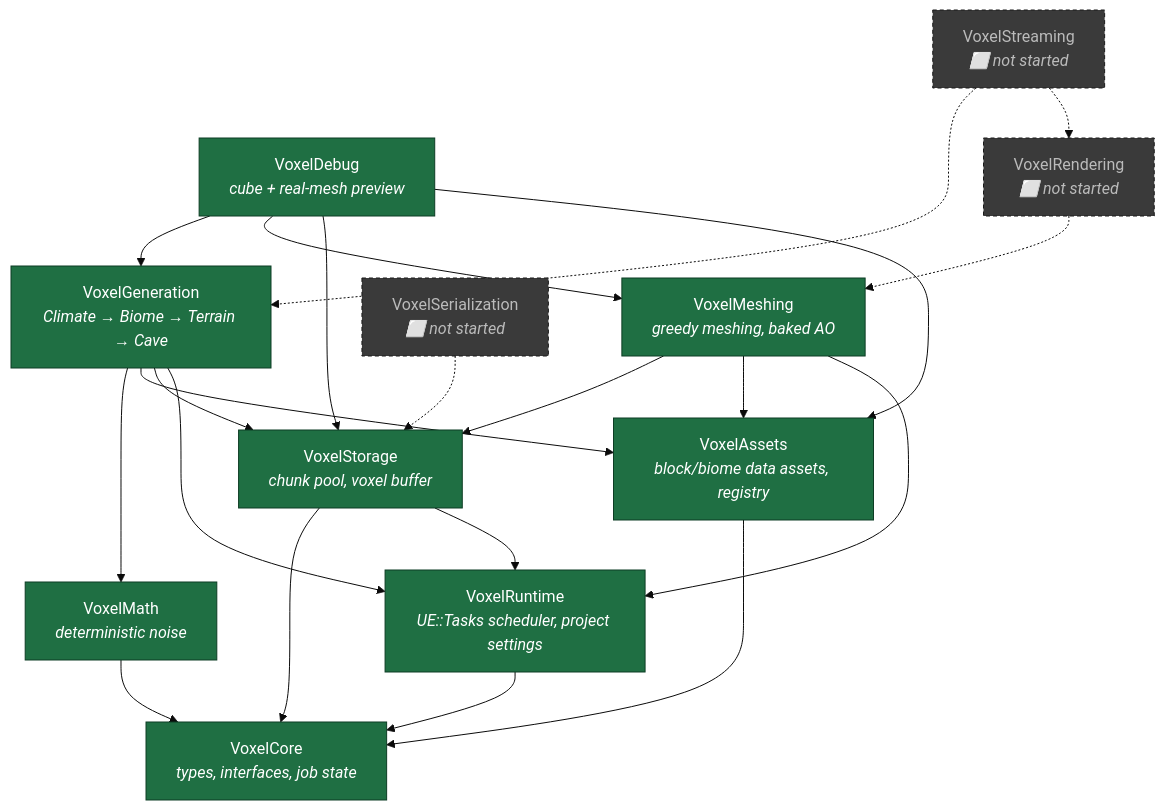
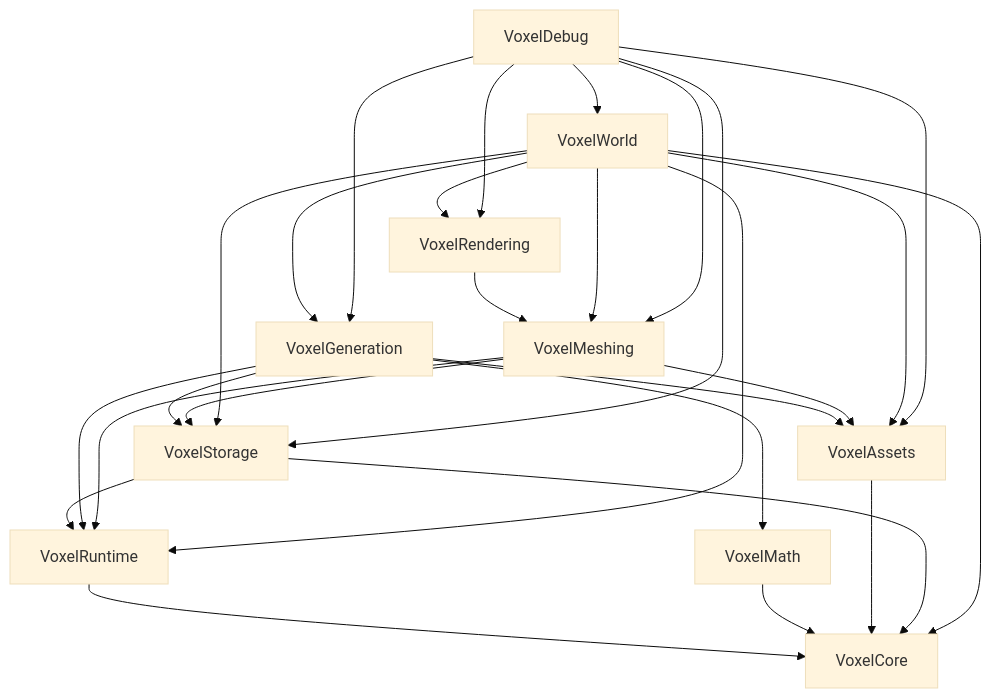
The first of 4 diagrams in README.md (Jaiminsinh-Dodiya/VoxelFramework-UE5), drawn with Mermaid (base theme) before and after one commit. The commit also changed other lines of this file and 1 other file, not shown here.

````diff
--- a/README.md
+++ b/README.md
@@ -40,40 +46,34 @@
 ```mermaid
-graph TD
-    VoxelCore["VoxelCore<br/><i>types, interfaces, job state</i>"]
-    VoxelRuntime["VoxelRuntime<br/><i>UE::Tasks scheduler, project settings</i>"]
-    VoxelMath["VoxelMath<br/><i>deterministic noise</i>"]
-    VoxelAssets["VoxelAssets<br/><i>block/biome data assets, registry</i>"]
-    VoxelStorage["VoxelStorage<br/><i>chunk pool, voxel buffer</i>"]
-    VoxelGeneration["VoxelGeneration<br/><i>Climate → Biome → Terrain → Cave</i>"]
-    VoxelMeshing["VoxelMeshing<br/><i>greedy meshing, baked AO</i>"]
-    VoxelDebug["VoxelDebug<br/><i>cube + real-mesh preview</i>"]
-    VoxelRendering["VoxelRendering<br/><i>⬜ not started</i>"]
-    VoxelStreaming["VoxelStreaming<br/><i>⬜ not started</i>"]
-    VoxelSerialization["VoxelSerialization<br/><i>⬜ not started</i>"]
-
-    VoxelRuntime --> VoxelCore
-    VoxelMath --> VoxelCore
-    VoxelAssets --> VoxelCore
-    VoxelStorage --> VoxelCore
-    VoxelStorage --> VoxelRuntime
-    VoxelGeneration --> VoxelMath
-    VoxelGeneration --> VoxelAssets
-    VoxelGeneration --> VoxelStorage
-    VoxelGeneration --> VoxelRuntime
-    VoxelMeshing --> VoxelStorage
-    VoxelMeshing --> VoxelAssets
-    VoxelMeshing --> VoxelRuntime
-    VoxelDebug --> VoxelGeneration
-    VoxelDebug --> VoxelMeshing
-    VoxelDebug --> VoxelStorage
-    VoxelDebug --> VoxelAssets
-    VoxelRendering -.-> VoxelMeshing
-    VoxelStreaming -.-> VoxelGeneration
-    VoxelStreaming -.-> VoxelRendering
-    VoxelSerialization -.-> VoxelStorage
-
-    classDef done fill:#1f6f43,stroke:#0d3d24,color:#fff
-    classDef pending fill:#3a3a3a,stroke:#1a1a1a,color:#bbb,stroke-dasharray: 4 3
-    class VoxelCore,VoxelRuntime,VoxelMath,VoxelAssets,VoxelStorage,VoxelGeneration,VoxelMeshing,VoxelDebug done
-    class VoxelRendering,VoxelStreaming,VoxelSerialization pending
+graph TD;
+    VoxelRuntime --> VoxelCore;
+    VoxelMath --> VoxelCore;
+    VoxelAssets --> VoxelCore;
+    VoxelStorage --> VoxelCore;
+    VoxelStorage --> VoxelRuntime;
+    
+    VoxelGeneration --> VoxelMath;
+    VoxelGeneration --> VoxelAssets;
+    VoxelGeneration --> VoxelStorage;
+    VoxelGeneration --> VoxelRuntime;
+    
+    VoxelMeshing --> VoxelStorage;
+    VoxelMeshing --> VoxelAssets;
+    VoxelMeshing --> VoxelRuntime;
+    
+    VoxelRendering --> VoxelMeshing;
+    
+    VoxelWorld --> VoxelCore;
+    VoxelWorld --> VoxelRuntime;
+    VoxelWorld --> VoxelAssets;
+    VoxelWorld --> VoxelStorage;
+    VoxelWorld --> VoxelGeneration;
+    VoxelWorld --> VoxelMeshing;
+    VoxelWorld --> VoxelRendering;
+    
+    VoxelDebug --> VoxelGeneration;
+    VoxelDebug --> VoxelMeshing;
+    VoxelDebug --> VoxelStorage;
+    VoxelDebug --> VoxelAssets;
+    VoxelDebug --> VoxelRendering;
+    VoxelDebug --> VoxelWorld;
 ```
````
